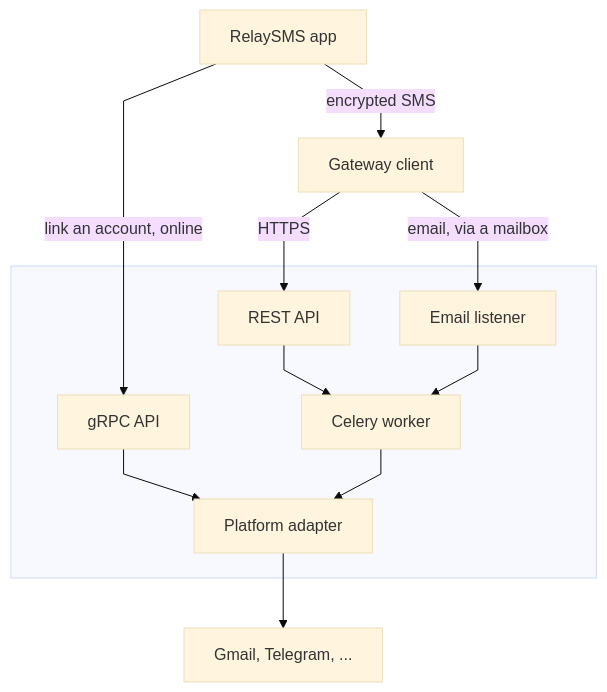
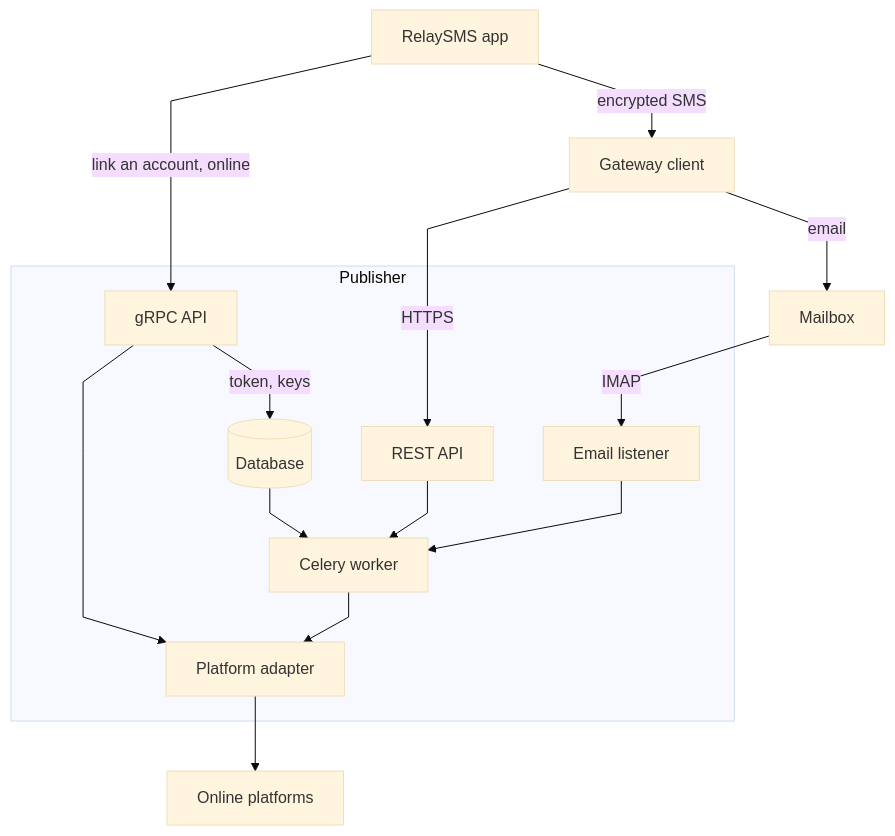
Before and after one commit to smswithoutborders/RelaySMS-Publisher: the diagram in docs/README.md, drawn with Mermaid (base theme). The commit also changed other lines of this file and 38 other files, not shown here.

````diff
--- a/docs/README.md
+++ b/docs/README.md
@@ -7,29 +7,39 @@
 ```mermaid
 ---
 config:
   flowchart:
     curve: linear
 ---
 flowchart TB
     app["RelaySMS app"]
     gateway["Gateway client"]
-    platform["Gmail, Telegram, ..."]
+    mailbox["Mailbox"]
+    platform["Online platforms"]
 
-    subgraph publisher[" "]
+    subgraph publisher["Publisher"]
         grpc["gRPC API"]
         rest["REST API"]
         smtp["Email listener"]
+        db[("Database")]
         worker["Celery worker"]
         adapter["Platform adapter"]
+        %% Keeps the title clear of the arrows entering the box.
+        spacer[" "]:::hidden
+        spacer ~~~ worker
     end
 
     app -- "link an account, online" --> grpc
     app -- "encrypted SMS" --> gateway
     gateway -- "HTTPS" --> rest
-    gateway -- "email, via a mailbox" --> smtp
+    gateway -- "email" --> mailbox
+    mailbox -- "IMAP" --> smtp
+    grpc -- "token, keys" --> db
+    db --> worker
     rest --> worker
     smtp --> worker
     grpc --> adapter
     worker --> adapter
     adapter --> platform
+
+    classDef hidden fill:none,stroke:none
 ```
````
